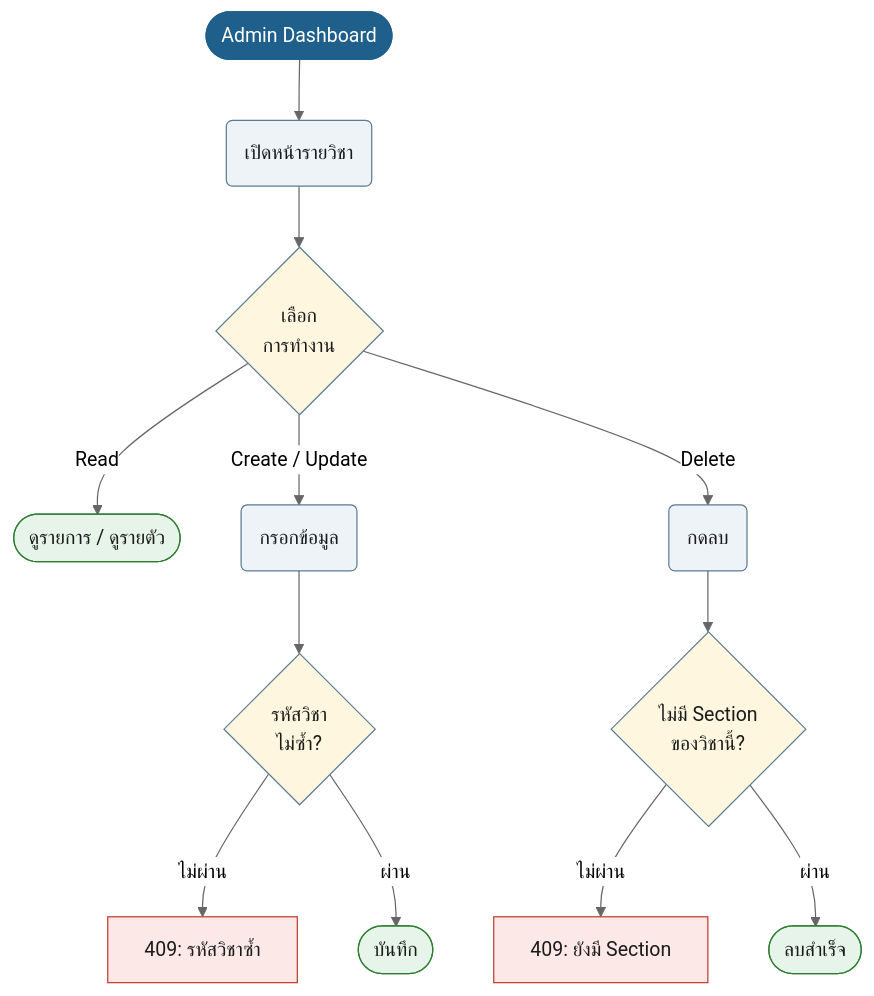
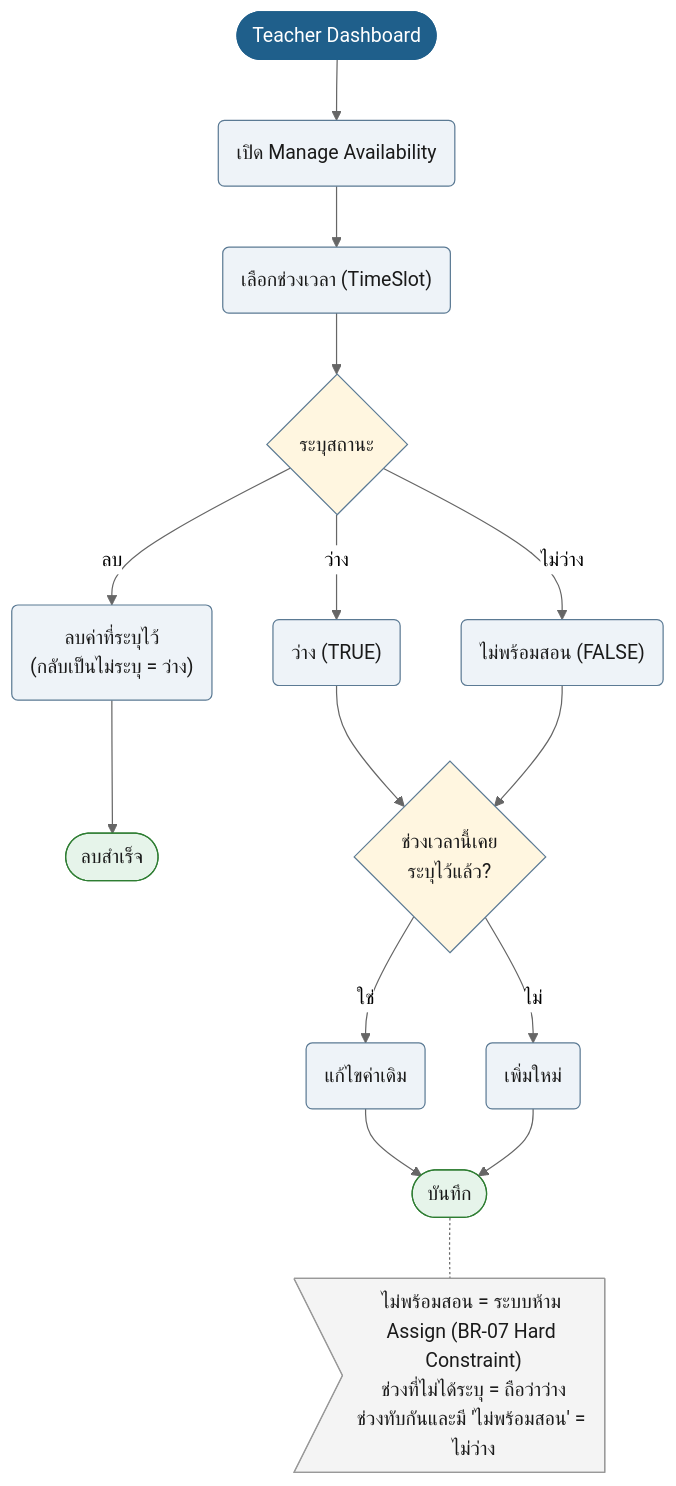
Diagram 14 of 49 in doc/userflow.md (synthesixer/AcadOS), drawn with Mermaid (neutral theme) before and after one commit. The commit also changed other lines of this file and 1 other file, not shown here.

````diff
--- a/doc/userflow.md
+++ b/doc/userflow.md
@@ -465,32 +499,36 @@
 ```mermaid
 flowchart TD
-    n1(["Admin Dashboard"]):::start
-    n2("เปิดหน้ารายวิชา"):::act
+    n1(["Teacher Dashboard"]):::start
+    n2("เปิด Manage Availability"):::act
+    n3("เลือกช่วงเวลา (TimeSlot)"):::act
     n1 --> n2
-    n3{"เลือก<br/>การทำงาน"}:::dec
     n2 --> n3
-    n4(["ดูรายการ / ดูรายตัว"]):::ok
-    n3 -->|Read| n4
-    n5("กรอกข้อมูล"):::act
-    n3 -->|Create / Update| n5
-    n6{"รหัสวิชา<br/>ไม่ซ้ำ?"}:::dec
-    n5 --> n6
-    n7["409: รหัสวิชาซ้ำ"]:::bad
-    n6 -->|ไม่ผ่าน| n7
-    n8(["บันทึก"]):::ok
-    n6 -->|ผ่าน| n8
-    n9("กดลบ"):::act
-    n3 -->|Delete| n9
-    n10{"ไม่มี Section<br/>ของวิชานี้?"}:::dec
-    n9 --> n10
-    n11["409: ยังมี Section"]:::bad
-    n10 -->|ไม่ผ่าน| n11
-    n12(["ลบสำเร็จ"]):::ok
-    n10 -->|ผ่าน| n12
+    n4{"ระบุสถานะ"}:::dec
+    n3 --> n4
+    n5("ว่าง (TRUE)"):::act
+    n6("ไม่พร้อมสอน (FALSE)"):::act
+    n7("ลบค่าที่ระบุไว้<br/>(กลับเป็นไม่ระบุ = ว่าง)"):::act
+    n4 -->|ว่าง| n5
+    n4 -->|ไม่ว่าง| n6
+    n4 -->|ลบ| n7
+    n8(["ลบสำเร็จ"]):::ok
+    n7 --> n8
+    n9{"ช่วงเวลานี้เคย<br/>ระบุไว้แล้ว?"}:::dec
+    n5 --> n9
+    n6 --> n9
+    n10("แก้ไขค่าเดิม"):::act
+    n11("เพิ่มใหม่"):::act
+    n9 -->|ใช่| n10
+    n9 -->|ไม่| n11
+    n12(["บันทึก"]):::ok
+    n10 --> n12
+    n11 --> n12
+    n13>"ไม่พร้อมสอน = ระบบห้าม Assign (BR-07 Hard Constraint)<br/>ช่วงที่ไม่ได้ระบุ = ถือว่าว่าง<br/>ช่วงทับกันและมี 'ไม่พร้อมสอน' = ไม่ว่าง"]:::note
+    n12 -.- n13
     classDef start fill:#1F5F8B,stroke:#1F5F8B,color:#fff
     classDef act fill:#EEF3F8,stroke:#5B7A94,color:#1a1a1a
     classDef dec fill:#FFF6E0,stroke:#5B7A94,color:#1a1a1a
     classDef bad fill:#FCE8E6,stroke:#C0392B,color:#1a1a1a
     classDef ok fill:#E6F4EA,stroke:#2E7D32,color:#1a1a1a
     classDef note fill:#F4F4F4,stroke:#999,color:#1a1a1a
 ```
````
